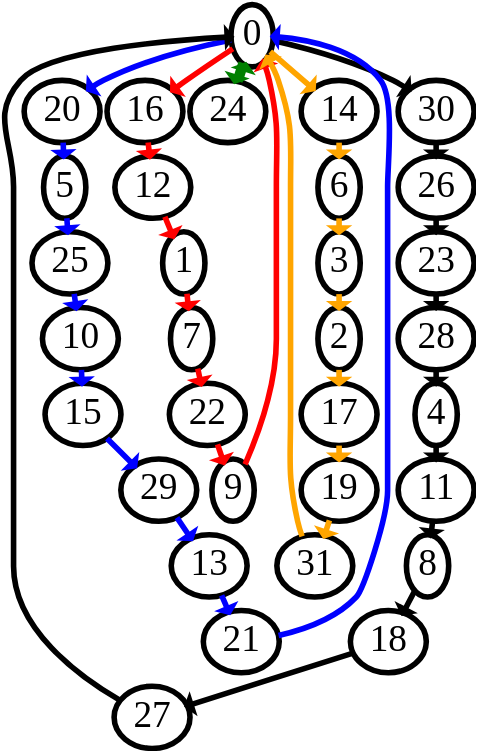
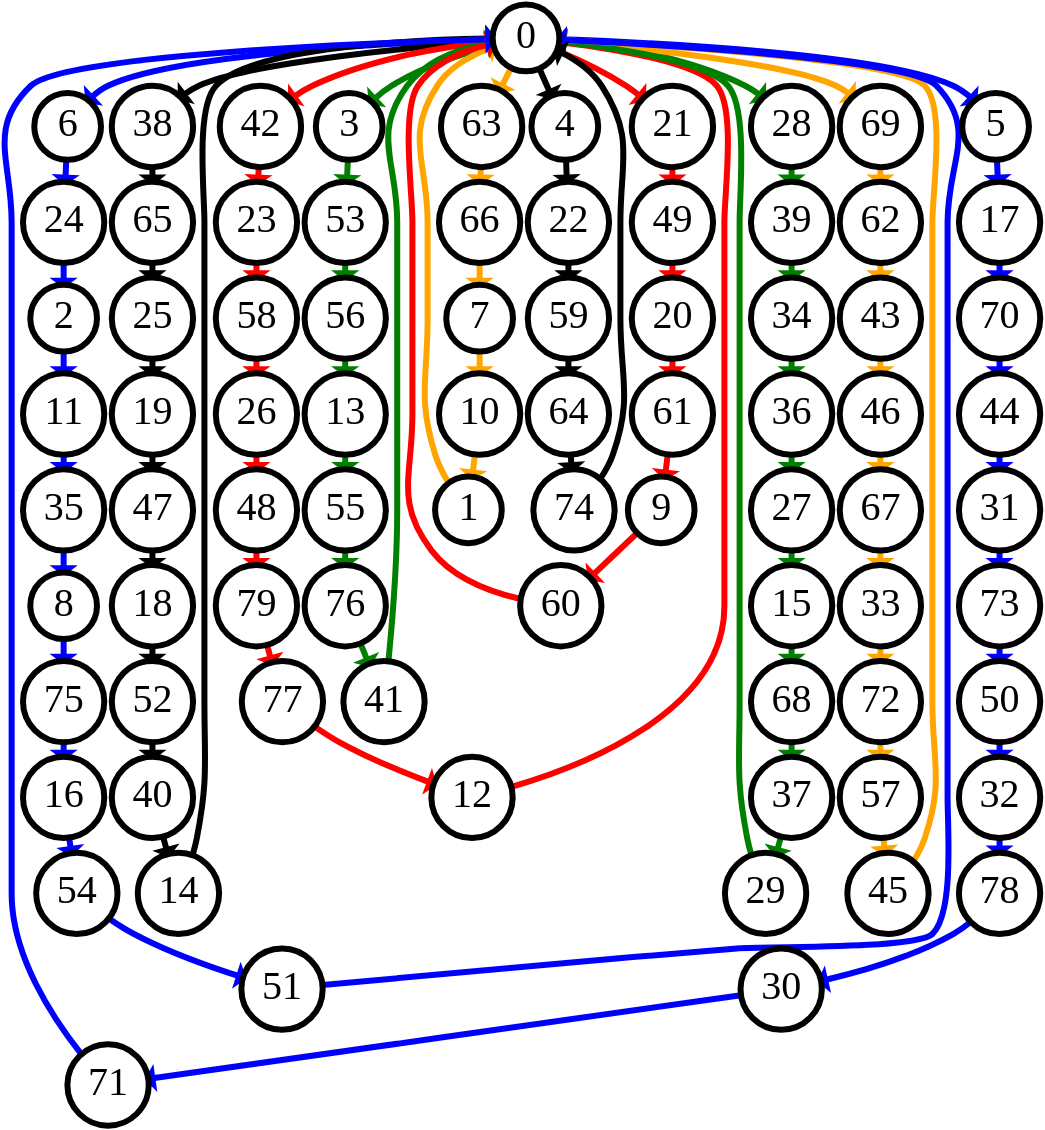
Before and after one commit to Elomidas/CVRP: the diagram in graphviz/tmp.dot, drawn with Graphviz. The commit also changed 16 other files, not shown here.

```diff
--- a/graphviz/tmp.dot
+++ b/graphviz/tmp.dot
@@ -1,72 +1,174 @@
 digraph g {
-ratio="compress"
-node [fontsize = 100];
-0 [pos = "82,76!", penwidth=15];
-1 [pos = "96,44!", penwidth=15];
-2 [pos = "50,5!", penwidth=15];
-3 [pos = "49,8!", penwidth=15];
-4 [pos = "13,7!", penwidth=15];
-5 [pos = "29,89!", penwidth=15];
-6 [pos = "58,30!", penwidth=15];
-7 [pos = "84,39!", penwidth=15];
-8 [pos = "14,24!", penwidth=15];
-9 [pos = "2,39!", penwidth=15];
-10 [pos = "3,82!", penwidth=15];
-11 [pos = "5,10!", penwidth=15];
-12 [pos = "98,52!", penwidth=15];
-13 [pos = "84,25!", penwidth=15];
-14 [pos = "61,59!", penwidth=15];
-15 [pos = "1,65!", penwidth=15];
-16 [pos = "88,51!", penwidth=15];
-17 [pos = "91,2!", penwidth=15];
-18 [pos = "19,32!", penwidth=15];
-19 [pos = "93,3!", penwidth=15];
-20 [pos = "50,93!", penwidth=15];
-21 [pos = "98,14!", penwidth=15];
-22 [pos = "5,42!", penwidth=15];
-23 [pos = "42,9!", penwidth=15];
-24 [pos = "61,62!", penwidth=15];
-25 [pos = "9,97!", penwidth=15];
-26 [pos = "80,55!", penwidth=15];
-27 [pos = "57,69!", penwidth=15];
-28 [pos = "23,15!", penwidth=15];
-29 [pos = "20,70!", penwidth=15];
-30 [pos = "85,60!", penwidth=15];
-31 [pos = "98,5!", penwidth=15];
-0->20 [color=blue, penwidth=15];
-20->5 [color=blue, penwidth=15];
-5->25 [color=blue, penwidth=15];
-25->10 [color=blue, penwidth=15];
-10->15 [color=blue, penwidth=15];
-15->29 [color=blue, penwidth=15];
-29->13 [color=blue, penwidth=15];
-13->21 [color=blue, penwidth=15];
-21->0 [color=blue, penwidth=15];
-0->16 [color=red, penwidth=15];
-16->12 [color=red, penwidth=15];
-12->1 [color=red, penwidth=15];
-1->7 [color=red, penwidth=15];
-7->22 [color=red, penwidth=15];
-22->9 [color=red, penwidth=15];
-9->0 [color=red, penwidth=15];
-0->30 [color=black, penwidth=15];
-30->26 [color=black, penwidth=15];
-26->23 [color=black, penwidth=15];
-23->28 [color=black, penwidth=15];
-28->4 [color=black, penwidth=15];
-4->11 [color=black, penwidth=15];
-11->8 [color=black, penwidth=15];
-8->18 [color=black, penwidth=15];
-18->27 [color=black, penwidth=15];
-27->0 [color=black, penwidth=15];
-0->24 [color=green, penwidth=15];
-24->0 [color=green, penwidth=15];
-0->14 [color=orange, penwidth=15];
-14->6 [color=orange, penwidth=15];
-6->3 [color=orange, penwidth=15];
-3->2 [color=orange, penwidth=15];
-2->17 [color=orange, penwidth=15];
-17->19 [color=orange, penwidth=15];
-19->31 [color=orange, penwidth=15];
-31->0 [color=orange, penwidth=15];
+margin="3,3!";
+outputorder="edgesfirst";
+node [fontsize = 100, shape=circle, fillcolor=white, style=filled];
+0 [pos = "92,92!", penwidth=15];
+1 [pos = "88,58!", penwidth=15];
+2 [pos = "70,6!", penwidth=15];
+3 [pos = "57,59!", penwidth=15];
+4 [pos = "0,98!", penwidth=15];
+5 [pos = "61,38!", penwidth=15];
+6 [pos = "65,22!", penwidth=15];
+7 [pos = "91,52!", penwidth=15];
+8 [pos = "59,2!", penwidth=15];
+9 [pos = "3,54!", penwidth=15];
+10 [pos = "95,38!", penwidth=15];
+11 [pos = "80,28!", penwidth=15];
+12 [pos = "66,42!", penwidth=15];
+13 [pos = "79,74!", penwidth=15];
+14 [pos = "99,25!", penwidth=15];
+15 [pos = "20,43!", penwidth=15];
+16 [pos = "40,3!", penwidth=15];
+17 [pos = "50,42!", penwidth=15];
+18 [pos = "97,0!", penwidth=15];
+19 [pos = "21,19!", penwidth=15];
+20 [pos = "36,21!", penwidth=15];
+21 [pos = "100,61!", penwidth=15];
+22 [pos = "11,85!", penwidth=15];
+23 [pos = "69,35!", penwidth=15];
+24 [pos = "69,22!", penwidth=15];
+25 [pos = "29,35!", penwidth=15];
+26 [pos = "14,9!", penwidth=15];
+27 [pos = "50,33!", penwidth=15];
+28 [pos = "89,17!", penwidth=15];
+29 [pos = "57,44!", penwidth=15];
+30 [pos = "60,25!", penwidth=15];
+31 [pos = "48,42!", penwidth=15];
+32 [pos = "17,93!", penwidth=15];
+33 [pos = "21,50!", penwidth=15];
+34 [pos = "77,18!", penwidth=15];
+35 [pos = "2,4!", penwidth=15];
+36 [pos = "63,83!", penwidth=15];
+37 [pos = "68,6!", penwidth=15];
+38 [pos = "41,95!", penwidth=15];
+39 [pos = "48,54!", penwidth=15];
+40 [pos = "98,73!", penwidth=15];
+41 [pos = "26,38!", penwidth=15];
+42 [pos = "69,76!", penwidth=15];
+43 [pos = "40,1!", penwidth=15];
+44 [pos = "65,41!", penwidth=15];
+45 [pos = "14,86!", penwidth=15];
+46 [pos = "32,39!", penwidth=15];
+47 [pos = "14,24!", penwidth=15];
+48 [pos = "96,5!", penwidth=15];
+49 [pos = "82,98!", penwidth=15];
+50 [pos = "23,85!", penwidth=15];
+51 [pos = "63,69!", penwidth=15];
+52 [pos = "87,19!", penwidth=15];
+53 [pos = "56,75!", penwidth=15];
+54 [pos = "15,63!", penwidth=15];
+55 [pos = "10,45!", penwidth=15];
+56 [pos = "7,30!", penwidth=15];
+57 [pos = "31,11!", penwidth=15];
+58 [pos = "36,93!", penwidth=15];
+59 [pos = "50,31!", penwidth=15];
+60 [pos = "49,52!", penwidth=15];
+61 [pos = "39,10!", penwidth=15];
+62 [pos = "76,40!", penwidth=15];
+63 [pos = "83,34!", penwidth=15];
+64 [pos = "33,51!", penwidth=15];
+65 [pos = "0,15!", penwidth=15];
+66 [pos = "52,82!", penwidth=15];
+67 [pos = "52,82!", penwidth=15];
+68 [pos = "46,6!", penwidth=15];
+69 [pos = "3,26!", penwidth=15];
+70 [pos = "46,80!", penwidth=15];
+71 [pos = "94,30!", penwidth=15];
+72 [pos = "26,76!", penwidth=15];
+73 [pos = "75,92!", penwidth=15];
+74 [pos = "57,51!", penwidth=15];
+75 [pos = "34,21!", penwidth=15];
+76 [pos = "28,80!", penwidth=15];
+77 [pos = "59,66!", penwidth=15];
+78 [pos = "51,16!", penwidth=15];
+79 [pos = "87,11!", penwidth=15];
+0->5 [color=blue, penwidth=15];
+5->17 [color=blue, penwidth=15];
+17->70 [color=blue, penwidth=15];
+70->44 [color=blue, penwidth=15];
+44->31 [color=blue, penwidth=15];
+31->73 [color=blue, penwidth=15];
+73->50 [color=blue, penwidth=15];
+50->32 [color=blue, penwidth=15];
+32->78 [color=blue, penwidth=15];
+78->30 [color=blue, penwidth=15];
+30->71 [color=blue, penwidth=15];
+71->0 [color=blue, penwidth=15];
+0->42 [color=red, penwidth=15];
+42->23 [color=red, penwidth=15];
+23->58 [color=red, penwidth=15];
+58->26 [color=red, penwidth=15];
+26->48 [color=red, penwidth=15];
+48->79 [color=red, penwidth=15];
+79->77 [color=red, penwidth=15];
+77->12 [color=red, penwidth=15];
+12->0 [color=red, penwidth=15];
+0->4 [color=black, penwidth=15];
+4->22 [color=black, penwidth=15];
+22->59 [color=black, penwidth=15];
+59->64 [color=black, penwidth=15];
+64->74 [color=black, penwidth=15];
+74->0 [color=black, penwidth=15];
+0->3 [color=green, penwidth=15];
+3->53 [color=green, penwidth=15];
+53->56 [color=green, penwidth=15];
+56->13 [color=green, penwidth=15];
+13->55 [color=green, penwidth=15];
+55->76 [color=green, penwidth=15];
+76->41 [color=green, penwidth=15];
+41->0 [color=green, penwidth=15];
+0->69 [color=orange, penwidth=15];
+69->62 [color=orange, penwidth=15];
+62->43 [color=orange, penwidth=15];
+43->46 [color=orange, penwidth=15];
+46->67 [color=orange, penwidth=15];
+67->33 [color=orange, penwidth=15];
+33->72 [color=orange, penwidth=15];
+72->57 [color=orange, penwidth=15];
+57->45 [color=orange, penwidth=15];
+45->0 [color=orange, penwidth=15];
+0->6 [color=blue, penwidth=15];
+6->24 [color=blue, penwidth=15];
+24->2 [color=blue, penwidth=15];
+2->11 [color=blue, penwidth=15];
+11->35 [color=blue, penwidth=15];
+35->8 [color=blue, penwidth=15];
+8->75 [color=blue, penwidth=15];
+75->16 [color=blue, penwidth=15];
+16->54 [color=blue, penwidth=15];
+54->51 [color=blue, penwidth=15];
+51->0 [color=blue, penwidth=15];
+0->21 [color=red, penwidth=15];
+21->49 [color=red, penwidth=15];
+49->20 [color=red, penwidth=15];
+20->61 [color=red, penwidth=15];
+61->9 [color=red, penwidth=15];
+9->60 [color=red, penwidth=15];
+60->0 [color=red, penwidth=15];
+0->38 [color=black, penwidth=15];
+38->65 [color=black, penwidth=15];
+65->25 [color=black, penwidth=15];
+25->19 [color=black, penwidth=15];
+19->47 [color=black, penwidth=15];
+47->18 [color=black, penwidth=15];
+18->52 [color=black, penwidth=15];
+52->40 [color=black, penwidth=15];
+40->14 [color=black, penwidth=15];
+14->0 [color=black, penwidth=15];
+0->28 [color=green, penwidth=15];
+28->39 [color=green, penwidth=15];
+39->34 [color=green, penwidth=15];
+34->36 [color=green, penwidth=15];
+36->27 [color=green, penwidth=15];
+27->15 [color=green, penwidth=15];
+15->68 [color=green, penwidth=15];
+68->37 [color=green, penwidth=15];
+37->29 [color=green, penwidth=15];
+29->0 [color=green, penwidth=15];
+0->63 [color=orange, penwidth=15];
+63->66 [color=orange, penwidth=15];
+66->7 [color=orange, penwidth=15];
+7->10 [color=orange, penwidth=15];
+10->1 [color=orange, penwidth=15];
+1->0 [color=orange, penwidth=15];
 }
```
